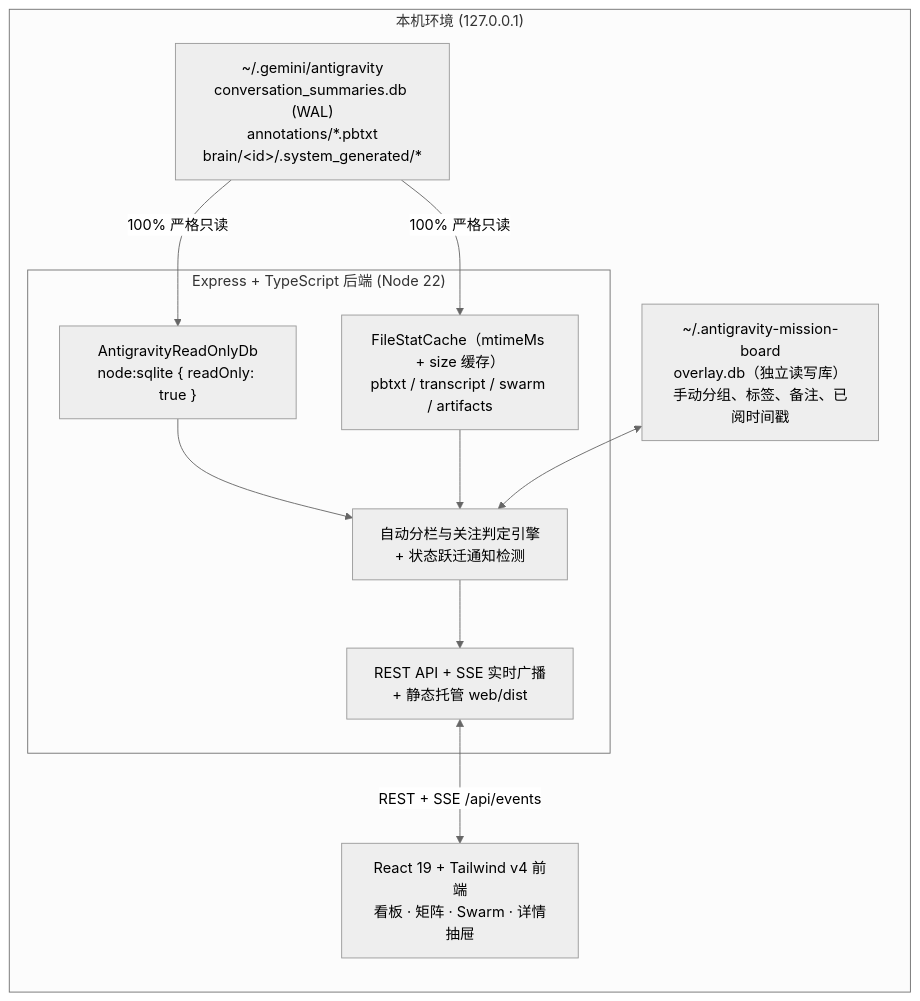
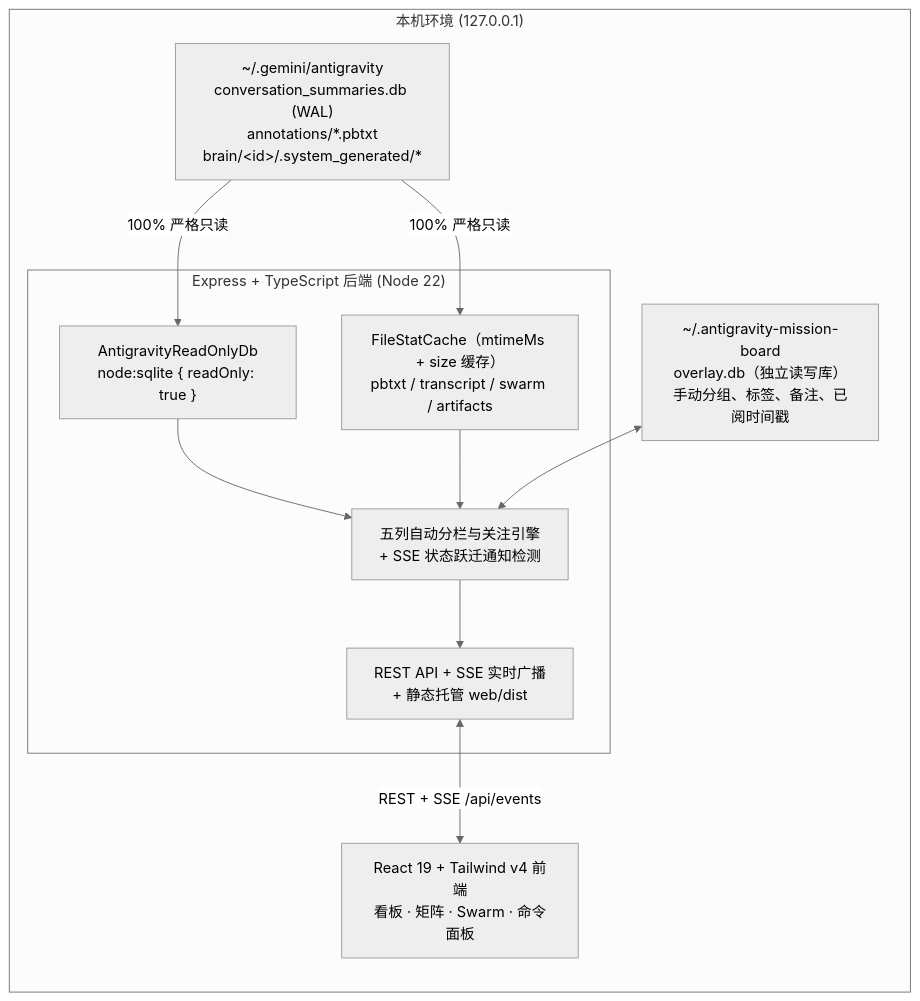
One commit to Lovlace777/antigravity-mission-board changed the diagram in README.zh-CN.md. Above: the diagram before and after it, drawn with Mermaid (neutral theme). The commit also changed other lines of this file and 40 other files, not shown here.

````diff
--- a/README.zh-CN.md
+++ b/README.zh-CN.md
@@ -120,24 +143,24 @@
 ```mermaid
 flowchart LR
     subgraph Local["本机环境 (127.0.0.1)"]
         AG["~/.gemini/antigravity<br/>conversation_summaries.db (WAL)<br/>annotations/*.pbtxt<br/>brain/&lt;id&gt;/.system_generated/*"]
         OV["~/.antigravity-mission-board<br/>overlay.db（独立读写库）<br/>手动分组、标签、备注、已阅时间戳"]
 
         subgraph Server["Express + TypeScript 后端 (Node 22)"]
             DB["AntigravityReadOnlyDb<br/>node:sqlite { readOnly: true }"]
             CACHE["FileStatCache（mtimeMs + size 缓存）<br/>pbtxt / transcript / swarm / artifacts"]
-            CLS["自动分栏与关注判定引擎<br/>+ 状态跃迁通知检测"]
+            CLS["五列自动分栏与关注引擎<br/>+ SSE 状态跃迁通知检测"]
             API["REST API + SSE 实时广播<br/>+ 静态托管 web/dist"]
         end
 
-        UI["React 19 + Tailwind v4 前端<br/>看板 · 矩阵 · Swarm · 详情抽屉"]
+        UI["React 19 + Tailwind v4 前端<br/>看板 · 矩阵 · Swarm · 命令面板"]
     end
 
     AG -- "100% 严格只读" --> DB
     AG -- "100% 严格只读" --> CACHE
     DB --> CLS
     CACHE --> CLS
     OV <--> CLS
     CLS --> API
     API <-- "REST + SSE /api/events" --> UI
 ```
````
